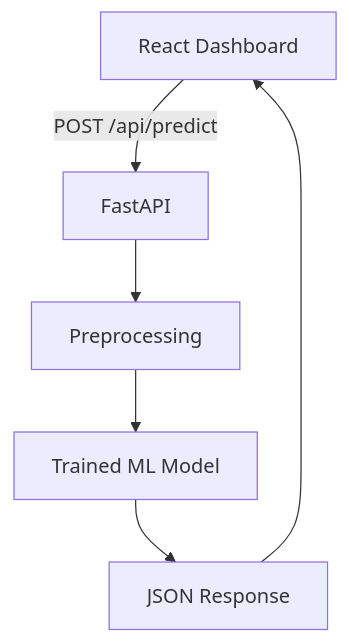
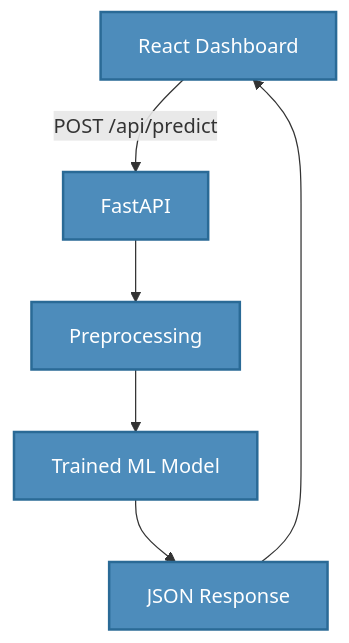
The third of 3 diagrams in README.md (buildwithsoumya/FareSight), drawn with Mermaid before and after one commit. The commit also changed other lines of this file, not shown here.

````diff
--- a/README.md
+++ b/README.md
@@ -236,8 +235,11 @@
 ```mermaid
 flowchart TD
     UI["React Dashboard"] -->|"POST /api/predict"| API["FastAPI"]
     API --> PP["Preprocessing"]
     PP --> MODEL["Trained ML Model"]
     MODEL --> RESP["JSON Response"]
     RESP --> UI
+
+    classDef flow fill:#4d8cbb,color:#ffffff,stroke:#2a6a96,stroke-width:2px;
+    class UI,API,PP,MODEL,RESP flow;
 ```
````
